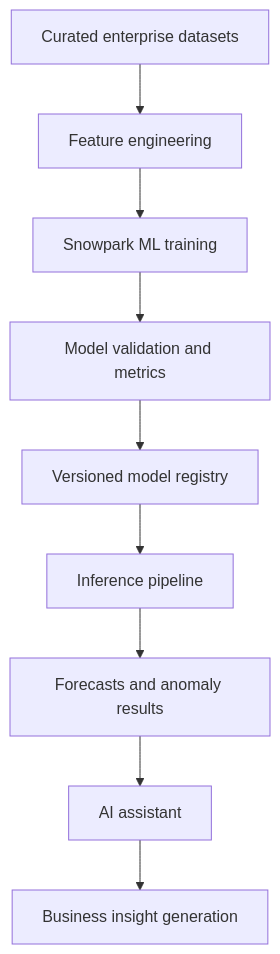
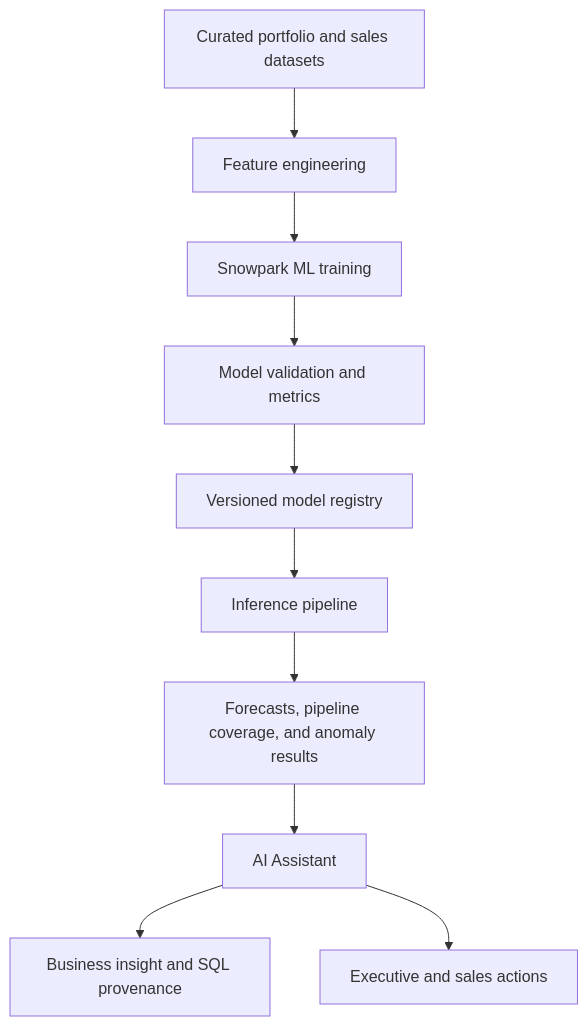
The fourth of 17 diagrams in README.md (Web8080/enterprise-intelligence-platform), drawn with Mermaid before and after one commit. The commit also changed other lines of this file and 15 other files, not shown here.

Commit message:
Add sales, AI assistant, integrations and settings dashboard views

````diff
--- a/README.md
+++ b/README.md
@@ -102,11 +113,12 @@
 ```mermaid
 flowchart TD
-    A[Curated enterprise datasets] --> B[Feature engineering]
+    A[Curated portfolio and sales datasets] --> B[Feature engineering]
     B --> C[Snowpark ML training]
     C --> D[Model validation and metrics]
     D --> E[Versioned model registry]
     E --> F[Inference pipeline]
-    F --> G[Forecasts and anomaly results]
-    G --> H[AI assistant]
-    H --> I[Business insight generation]
+    F --> G[Forecasts, pipeline coverage, and anomaly results]
+    G --> H[AI Assistant]
+    H --> I[Business insight and SQL provenance]
+    H --> J[Executive and sales actions]
 ```
````
